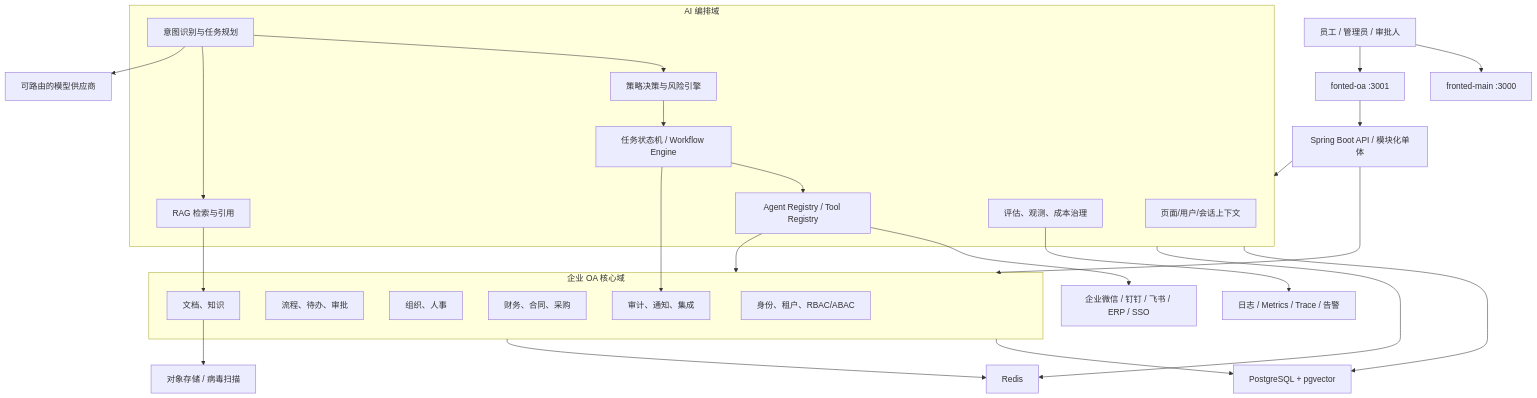
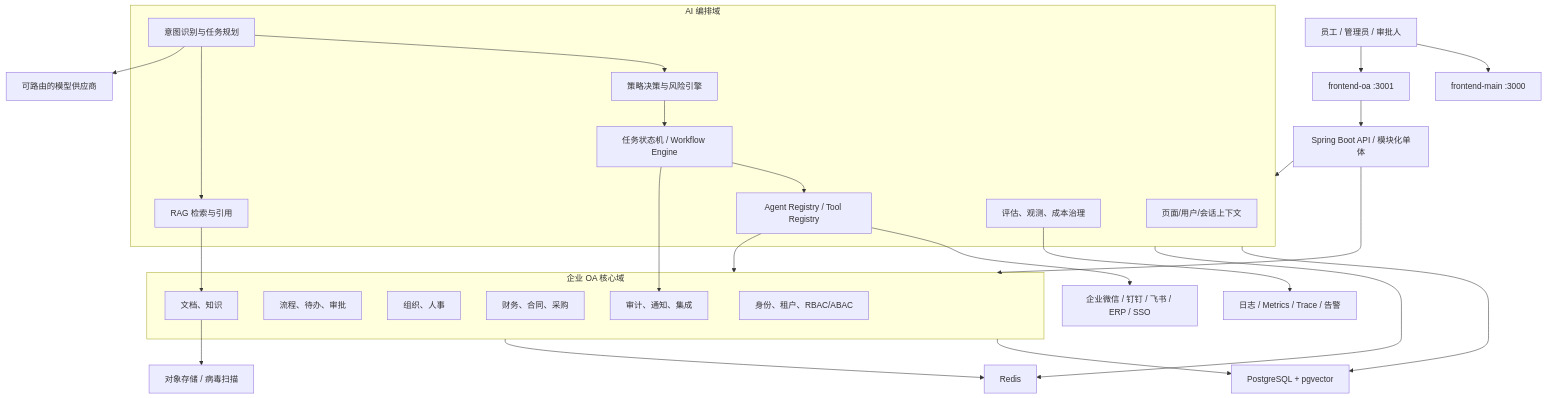
The first of 3 diagrams in docs/roadmap/optimization-and-iteration-plan.md (MewzCC/ai-workmate), drawn with Mermaid before and after one commit. The commit also changed other lines of this file and 464 other files, not shown here.

````diff
--- a/docs/roadmap/optimization-and-iteration-plan.md
+++ b/docs/roadmap/optimization-and-iteration-plan.md
@@ -94,41 +94,41 @@
 ```mermaid
 flowchart TB
-    U["员工 / 管理员 / 审批人"] --> HOME["fronted-main :3000"]
-    U --> OA["fonted-oa :3001"]
+    U["员工 / 管理员 / 审批人"] --> HOME["frontend-main :3000"]
+    U --> OA["frontend-oa :3001"]
     OA --> BFF["Spring Boot API / 模块化单体"]
 
     subgraph Core["企业 OA 核心域"]
         IAM["身份、租户、RBAC/ABAC"]
         FLOW["流程、待办、审批"]
         HR["组织、人事"]
         FIN["财务、合同、采购"]
         DOC["文档、知识"]
         AUDIT["审计、通知、集成"]
     end
 
     subgraph AI["AI 编排域"]
         CTX["页面/用户/会话上下文"]
         PLAN["意图识别与任务规划"]
         POLICY["策略决策与风险引擎"]
         REG["Agent Registry / Tool Registry"]
         ENGINE["任务状态机 / Workflow Engine"]
         RAG["RAG 检索与引用"]
         EVAL["评估、观测、成本治理"]
     end
 
     BFF --> Core
     BFF --> AI
     PLAN --> POLICY --> ENGINE
     ENGINE --> REG --> Core
     PLAN --> RAG --> DOC
     ENGINE --> AUDIT
 
     Core --> PG["PostgreSQL + pgvector"]
     AI --> PG
     Core --> REDIS["Redis"]
     AI --> REDIS
     DOC --> OBJ["对象存储 / 病毒扫描"]
     REG --> EXT["企业微信 / 钉钉 / 飞书 / ERP / SSO"]
     PLAN --> MODEL["可路由的模型供应商"]
     EVAL --> OBS["日志 / Metrics / Trace / 告警"]
 ```
````
